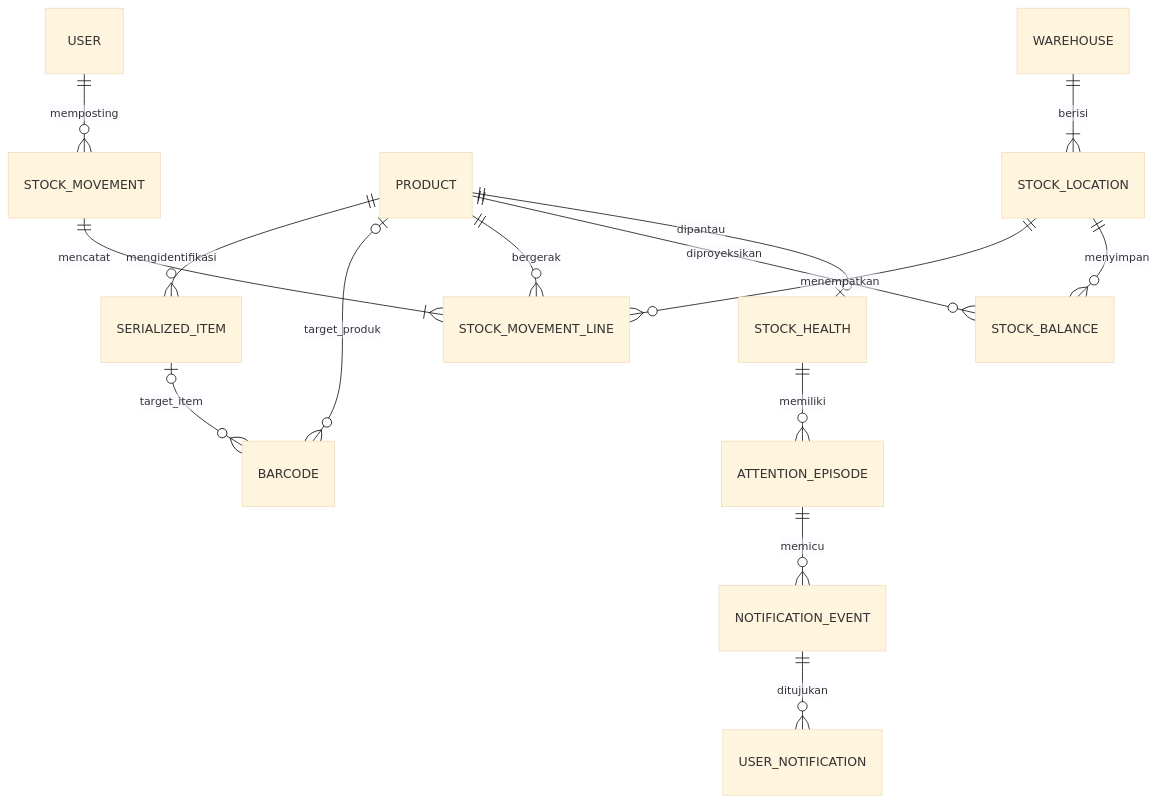
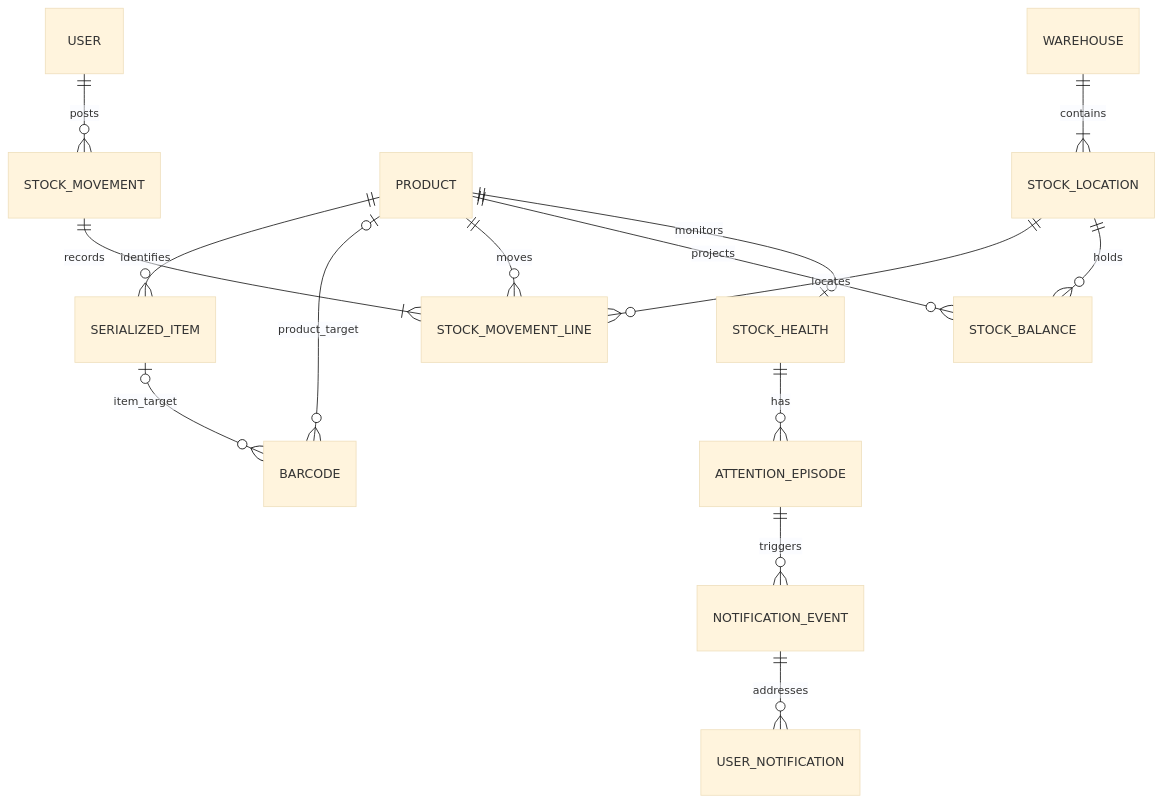
Before and after one commit to yusufarst/bantukasir: the diagram in docs/03-DOMAIN-MODEL.md, drawn with Mermaid (base theme). The commit also changed other lines of this file and 19 other files, not shown here.

Commit message:
docs: complete English product and architecture refinement

````diff
--- a/docs/03-DOMAIN-MODEL.md
+++ b/docs/03-DOMAIN-MODEL.md
@@ -7,17 +7,17 @@
 ```mermaid
 erDiagram
-  USER ||--o{ STOCK_MOVEMENT : memposting
-  PRODUCT ||--o{ SERIALIZED_ITEM : mengidentifikasi
-  PRODUCT o|--o{ BARCODE : target_produk
-  SERIALIZED_ITEM o|--o{ BARCODE : target_item
-  WAREHOUSE ||--|{ STOCK_LOCATION : berisi
-  STOCK_MOVEMENT ||--|{ STOCK_MOVEMENT_LINE : mencatat
-  PRODUCT ||--o{ STOCK_MOVEMENT_LINE : bergerak
-  STOCK_LOCATION ||--o{ STOCK_MOVEMENT_LINE : menempatkan
-  PRODUCT ||--o{ STOCK_BALANCE : diproyeksikan
-  STOCK_LOCATION ||--o{ STOCK_BALANCE : menyimpan
-  PRODUCT ||--o| STOCK_HEALTH : dipantau
-  STOCK_HEALTH ||--o{ ATTENTION_EPISODE : memiliki
-  ATTENTION_EPISODE ||--o{ NOTIFICATION_EVENT : memicu
-  NOTIFICATION_EVENT ||--o{ USER_NOTIFICATION : ditujukan
+  USER ||--o{ STOCK_MOVEMENT : posts
+  PRODUCT ||--o{ SERIALIZED_ITEM : identifies
+  PRODUCT o|--o{ BARCODE : product_target
+  SERIALIZED_ITEM o|--o{ BARCODE : item_target
+  WAREHOUSE ||--|{ STOCK_LOCATION : contains
+  STOCK_MOVEMENT ||--|{ STOCK_MOVEMENT_LINE : records
+  PRODUCT ||--o{ STOCK_MOVEMENT_LINE : moves
+  STOCK_LOCATION ||--o{ STOCK_MOVEMENT_LINE : locates
+  PRODUCT ||--o{ STOCK_BALANCE : projects
+  STOCK_LOCATION ||--o{ STOCK_BALANCE : holds
+  PRODUCT ||--o| STOCK_HEALTH : monitors
+  STOCK_HEALTH ||--o{ ATTENTION_EPISODE : has
+  ATTENTION_EPISODE ||--o{ NOTIFICATION_EVENT : triggers
+  NOTIFICATION_EVENT ||--o{ USER_NOTIFICATION : addresses
 ```
````
